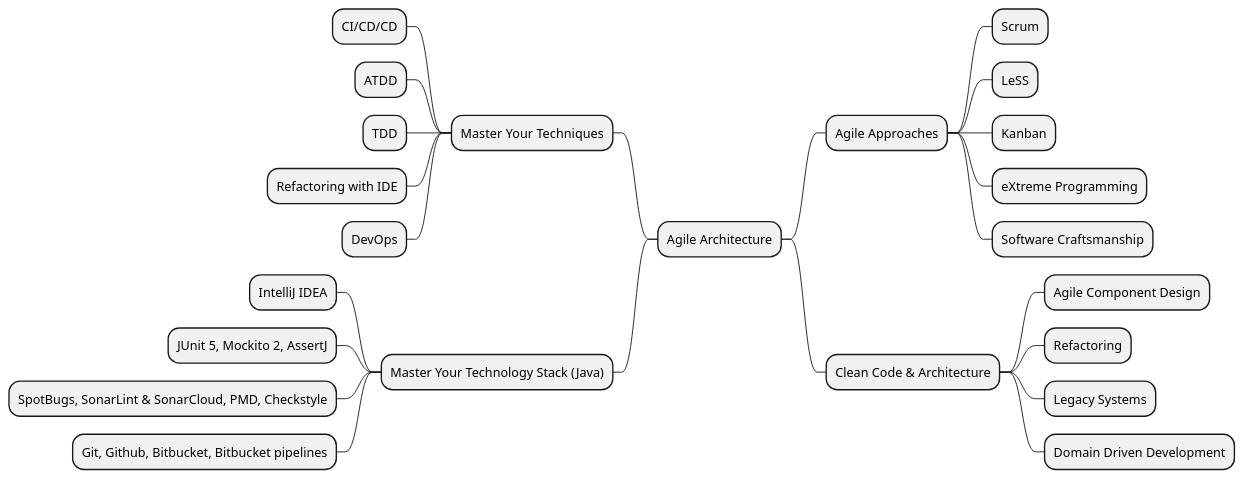
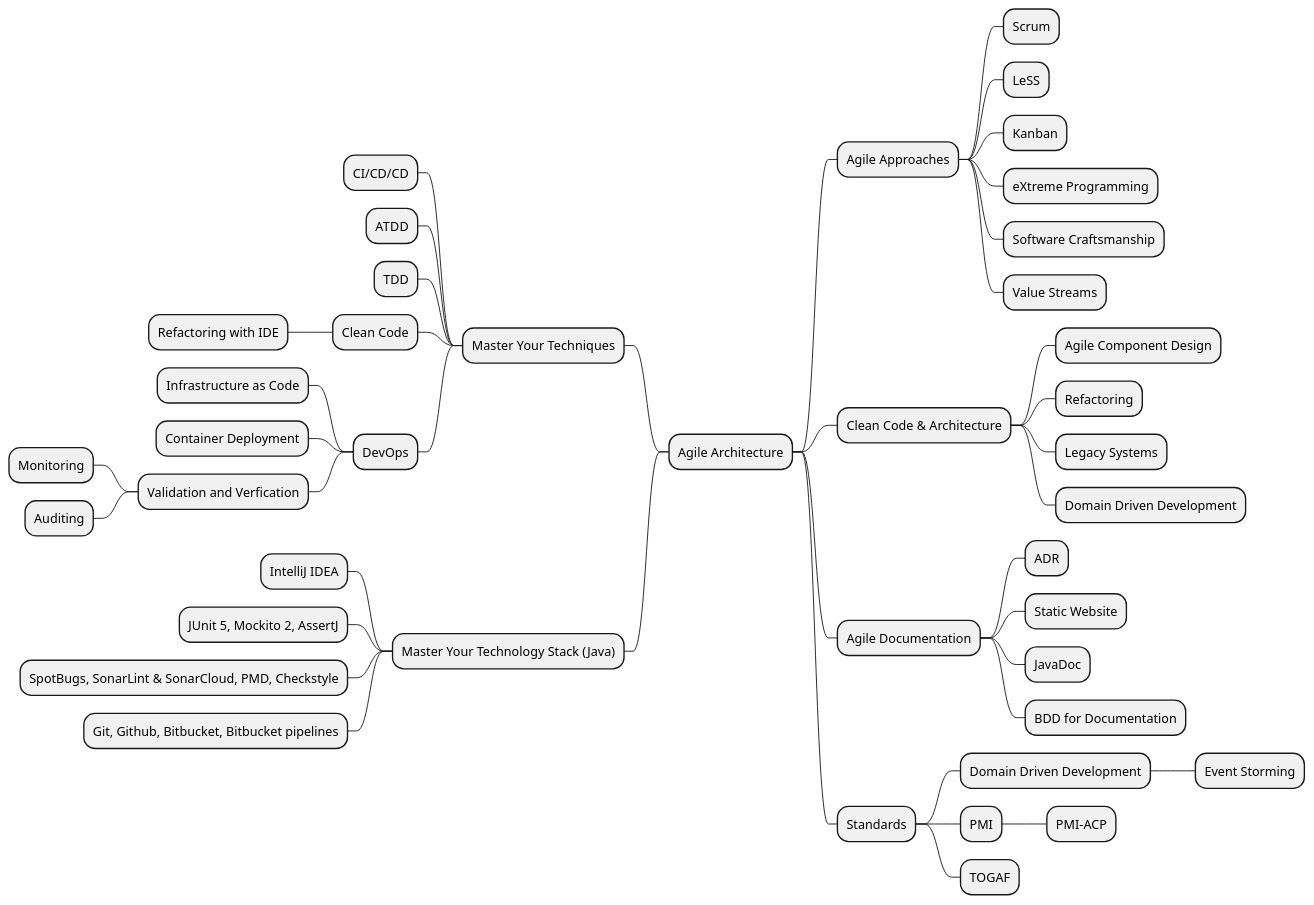
Before and after one commit to tangly-team/tangly-os: the diagram in src/site/website/content/ideas/agileArchitecture.adoc, drawn with PlantUML. The commit also changed other lines of this file and 112 other files, not shown here.

```diff
--- a/src/site/website/content/ideas/agileArchitecture.adoc
+++ b/src/site/website/content/ideas/agileArchitecture.adoc
@@ -102,28 +102,46 @@
 [plantuml,agile-architecture-mindmap,svg]
 ----
 @startmindmap
 + Agile Architecture
 ++ Agile Approaches
 +++ Scrum
 +++ LeSS
 +++ Kanban
 +++ eXtreme Programming
 +++ Software Craftsmanship
++++ Value Streams
 ++ Clean Code & Architecture
 +++ Agile Component Design
 +++ Refactoring
 +++ Legacy Systems
 +++ Domain Driven Development
+++ Agile Documentation
++++ ADR
++++ Static Website
++++ JavaDoc
++++ BDD for Documentation
+++ Standards
++++ Domain Driven Development
+++++ Event Storming
++++ PMI
+++++ PMI-ACP
++++ TOGAF
 -- Master Your Techniques
 --- CI/CD/CD
 --- ATDD
 --- TDD
---- Refactoring with IDE
+--- Clean Code
+---- Refactoring with IDE
 --- DevOps
+---- Infrastructure as Code
+---- Container Deployment
+---- Validation and Verfication
+----- Monitoring
+----- Auditing
 -- Master Your Technology Stack (Java)
 --- IntelliJ IDEA
 --- JUnit 5, Mockito 2, AssertJ
 --- SpotBugs, SonarLint & SonarCloud, PMD, Checkstyle
 --- Git, Github, Bitbucket, Bitbucket pipelines
 @endmindmap
 ----
```
